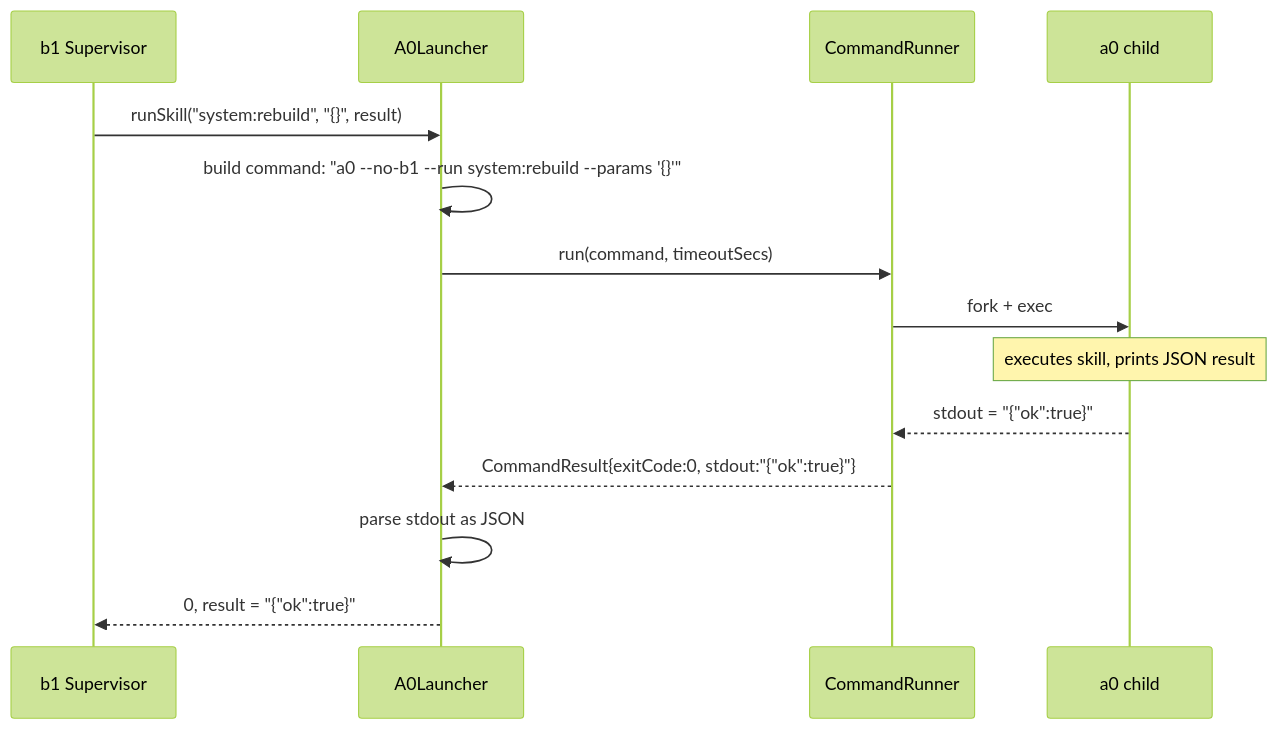
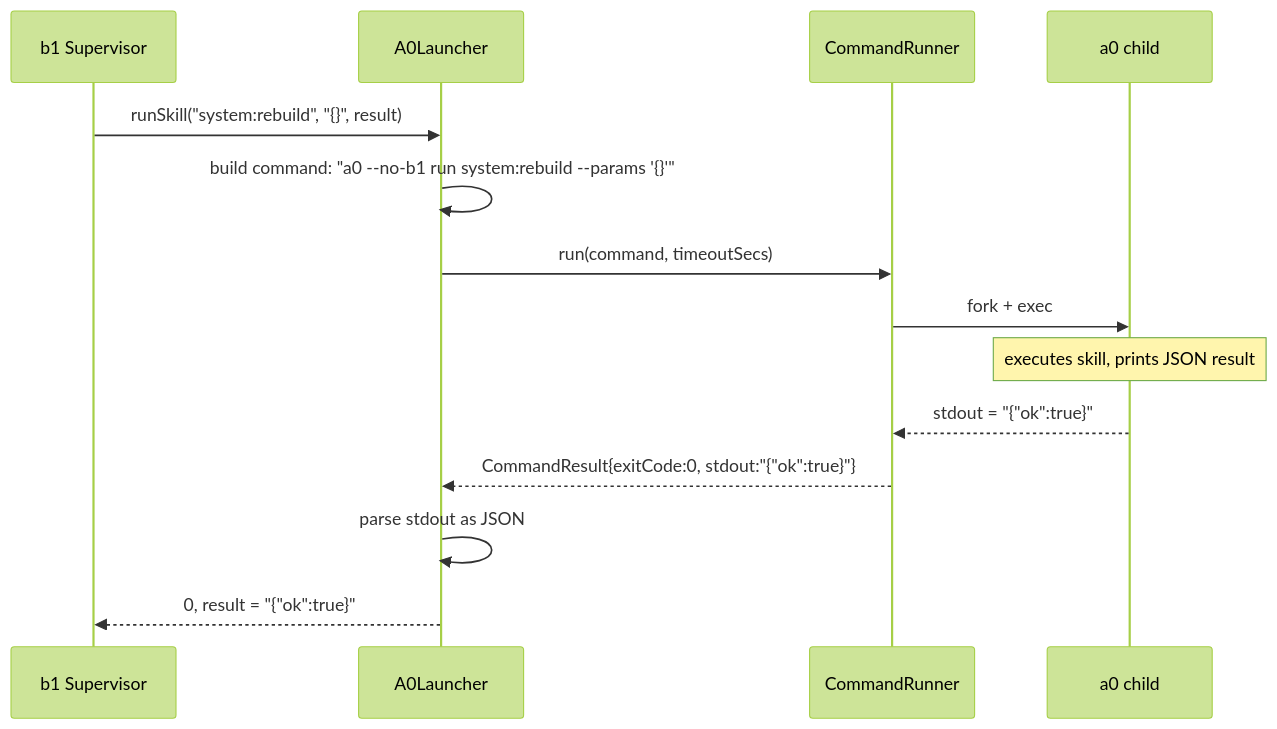
Before and after one commit to opensassi/a0: the second of 2 diagrams in src/b1/a0_launcher.spec.md, drawn with Mermaid (forest theme). The commit also changed other lines of this file and 47 other files, not shown here.

Commit message:
2026-06-02-a0-architectural-cleanup-1777bba30ffexd2vQv21odnw8j

````diff
--- a/src/b1/a0_launcher.spec.md
+++ b/src/b1/a0_launcher.spec.md
@@ -54,17 +54,17 @@
 ```mermaid
 sequenceDiagram
     participant B1 as b1 Supervisor
     participant AL as A0Launcher
     participant CR as CommandRunner
     participant A0 as a0 child
 
     B1->>AL: runSkill("system:rebuild", "{}", result)
-    AL->>AL: build command: "a0 --no-b1 --run system:rebuild --params '{}'"
+    AL->>AL: build command: "a0 --no-b1 run system:rebuild --params '{}'"
     AL->>CR: run(command, timeoutSecs)
     CR->>A0: fork + exec
     Note over A0: executes skill, prints JSON result
     A0-->>CR: stdout = "{"ok":true}"
     CR-->>AL: CommandResult{exitCode:0, stdout:"{"ok":true}"}
     AL->>AL: parse stdout as JSON
     AL-->>B1: 0, result = "{"ok":true}"
 ```
````
